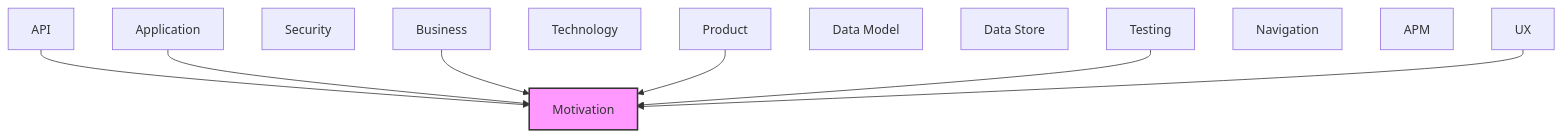
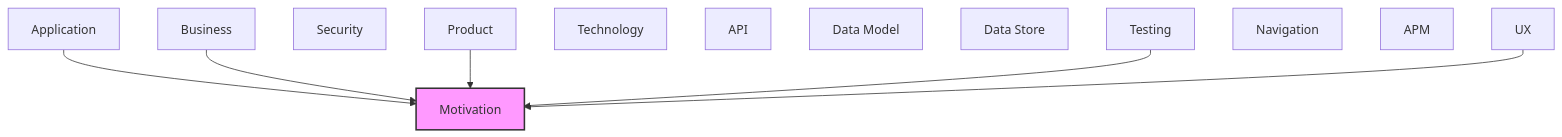
One commit to tinkermonkey/heimdall changed the diagram in documentation-robotics/reports/01-motivation-layer-report.md. Above: the diagram before and after it, drawn with Mermaid. The commit also changed other lines of this file and 18 other files, not shown here.

````diff
--- a/documentation-robotics/reports/01-motivation-layer-report.md
+++ b/documentation-robotics/reports/01-motivation-layer-report.md
@@ -70,24 +70,23 @@
 ```mermaid
 flowchart TB
   classDef current fill:#f9f,stroke:#333,stroke-width:2px
   motivation["Motivation"]
   business["Business"]
   product["Product"]
   security["Security"]
   application["Application"]
   technology["Technology"]
   api["API"]
   data_model["Data Model"]
   data_store["Data Store"]
   ux["UX"]
   navigation["Navigation"]
   apm["APM"]
   testing["Testing"]
-  api --> motivation
   application --> motivation
   business --> motivation
   product --> motivation
   testing --> motivation
   ux --> motivation
   class motivation current
 ```
````
